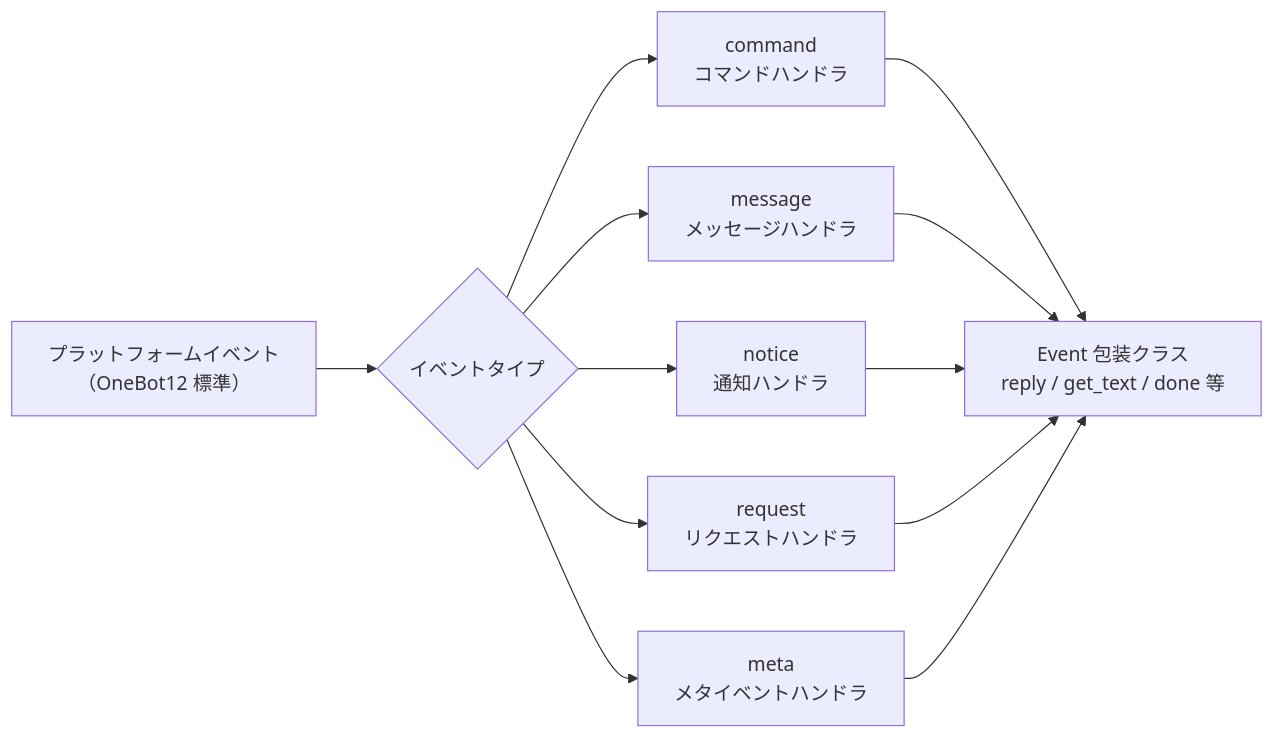
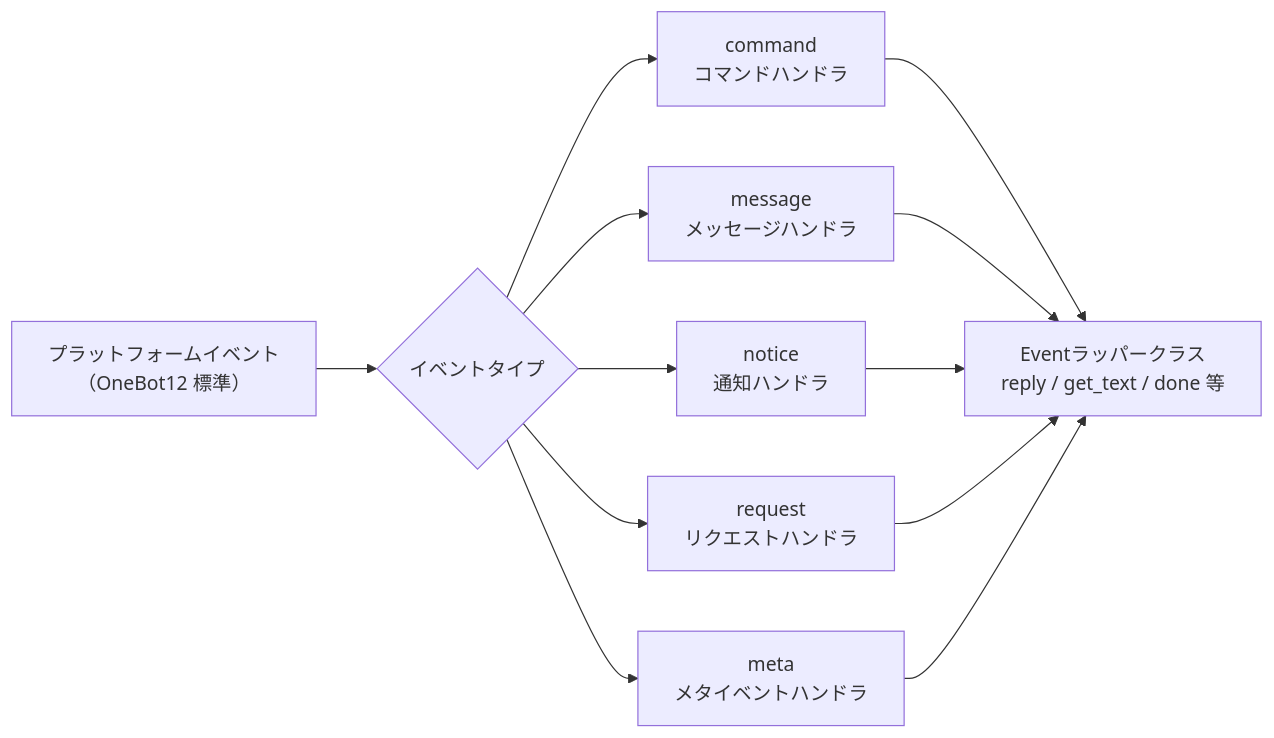
One commit to ErisPulse/ErisPulse changed the diagram in docs/ja/api-reference/event-system.md. Above: the diagram before and after it, drawn with Mermaid. The commit also changed other lines of this file and 31 other files, not shown here.

````diff
--- a/docs/ja/api-reference/event-system.md
+++ b/docs/ja/api-reference/event-system.md
@@ -7,10 +7,10 @@
 ```mermaid
 flowchart LR
     A["プラットフォームイベント<br/>（OneBot12 標準）"] --> B{"イベントタイプ"}
     B --> C["command<br/>コマンドハンドラ"]
     B --> D["message<br/>メッセージハンドラ"]
     B --> E["notice<br/>通知ハンドラ"]
     B --> F["request<br/>リクエストハンドラ"]
     B --> G["meta<br/>メタイベントハンドラ"]
-    C & D & E & F & G --> H["Event 包装クラス<br/>reply / get_text / done 等"]
+    C & D & E & F & G --> H["Eventラッパークラス<br/>reply / get_text / done 等"]
 ```
````
